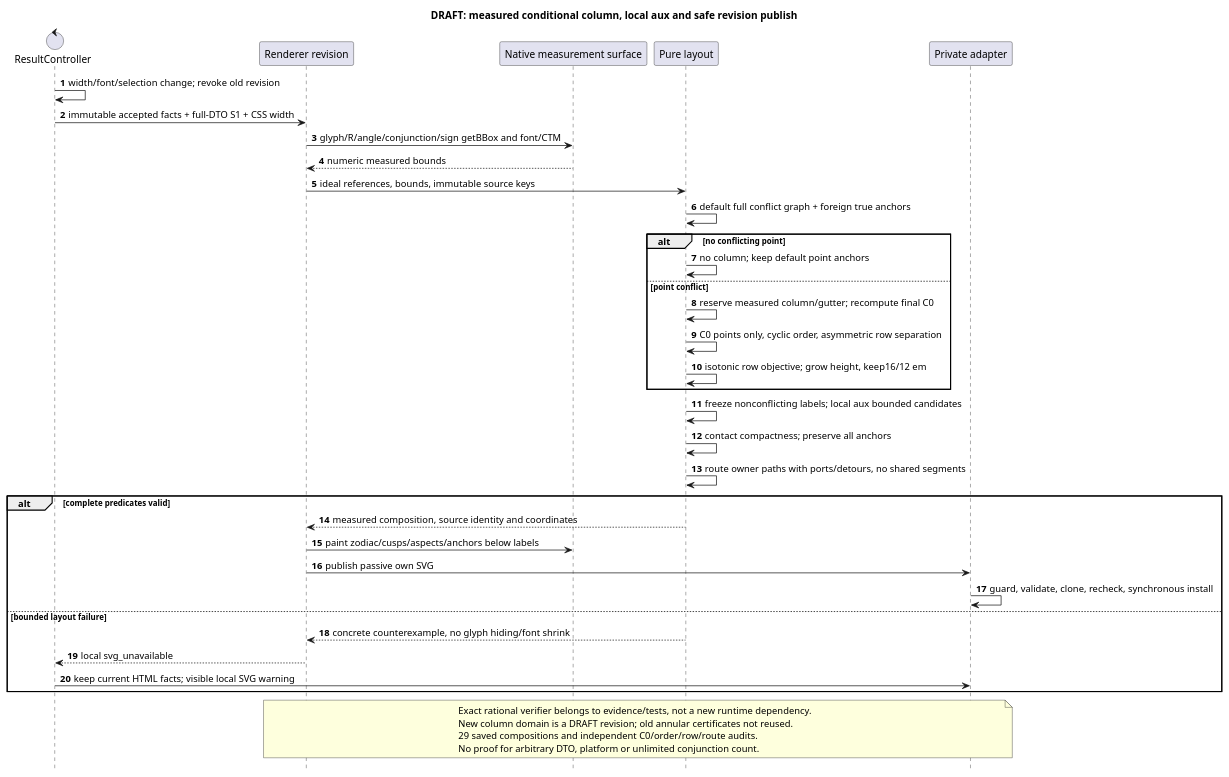
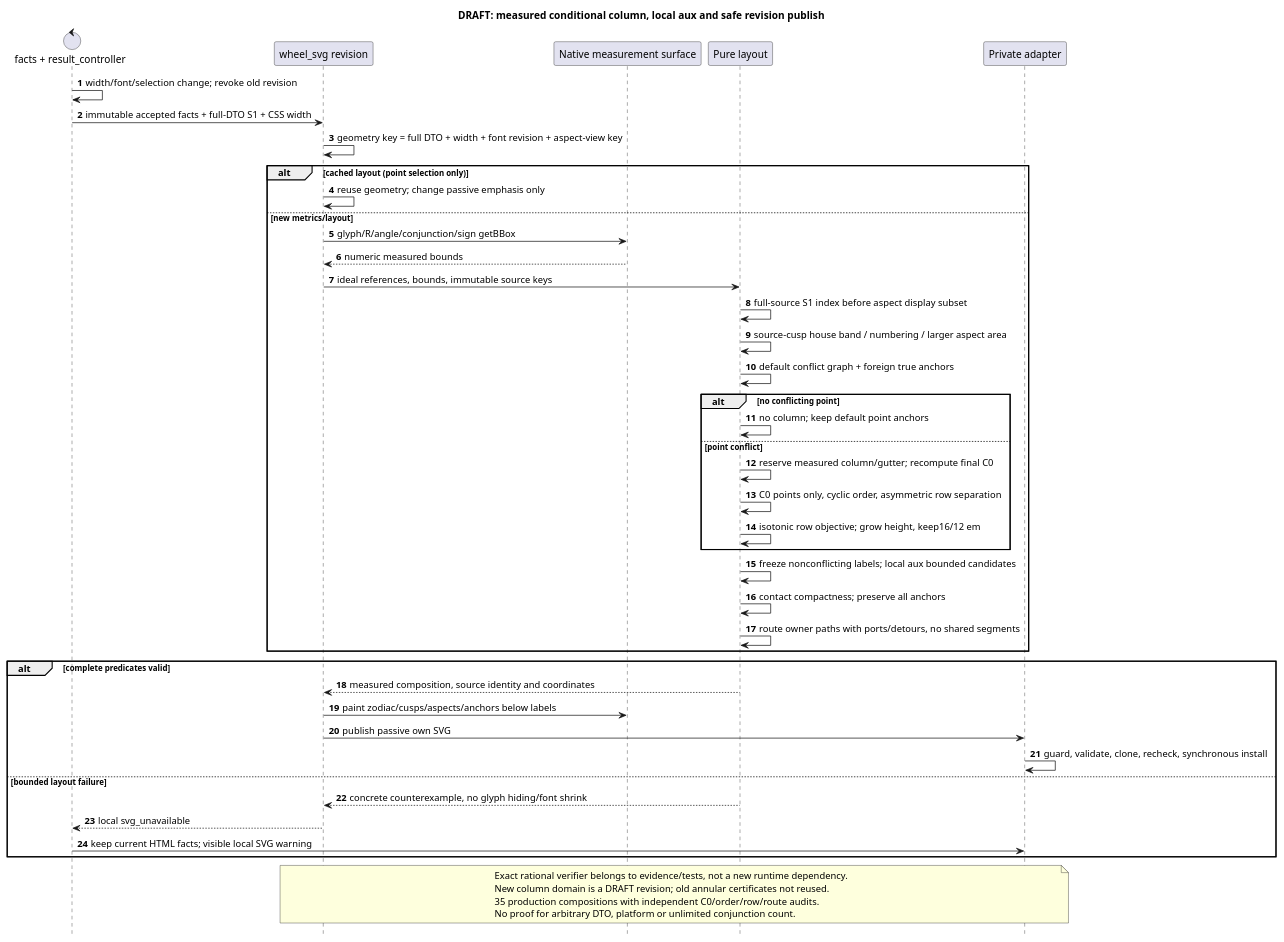
Before and after one commit to ksenia-baranova/exact-orb-demo: the diagram in docs/project_management/change_plans/ui-chart-wheel/developer/sequence_diagrams/ui/004-column-layout-revision.puml, drawn with PlantUML. The commit also changed 1632 other files, not shown here.

First line of the commit message:
feat(ui-chart-wheel): render house rows and deliver Owner UI fixes

```diff
--- a/docs/project_management/change_plans/ui-chart-wheel/developer/sequence_diagrams/ui/004-column-layout-revision.puml
+++ b/docs/project_management/change_plans/ui-chart-wheel/developer/sequence_diagrams/ui/004-column-layout-revision.puml
@@ -1,43 +1,50 @@
 @startuml
-' DRAFT Developer,19.10.2026; no product fact recomputation.
+' DRAFT Developer,20.10.2026; no product fact recomputation.
 title DRAFT: measured conditional column, local aux and safe revision publish
 autonumber
 hide footbox
-control "ResultController" as Result
-participant "Renderer revision" as Wheel
+control "facts + result_controller" as Result
+participant "wheel_svg revision" as Wheel
 participant "Native measurement surface" as Metrics
 participant "Pure layout" as Layout
 participant "Private adapter" as DOM
 Result -> Result : width/font/selection change; revoke old revision
 Result -> Wheel : immutable accepted facts + full-DTO S1 + CSS width
-Wheel -> Metrics : glyph/R/angle/conjunction/sign getBBox and font/CTM
+Wheel -> Wheel : geometry key = full DTO + width + font revision + aspect-view key
+alt cached layout (point selection only)
+  Wheel -> Wheel : reuse geometry; change passive emphasis only
+else new metrics/layout
+Wheel -> Metrics : glyph/R/angle/conjunction/sign getBBox
 Metrics --> Wheel : numeric measured bounds
 Wheel -> Layout : ideal references, bounds, immutable source keys
-Layout -> Layout : default full conflict graph + foreign true anchors
+Layout -> Layout : full-source S1 index before aspect display subset
+Layout -> Layout : source-cusp house band / numbering / larger aspect area
+Layout -> Layout : default conflict graph + foreign true anchors
 alt no conflicting point
   Layout -> Layout : no column; keep default point anchors
 else point conflict
   Layout -> Layout : reserve measured column/gutter; recompute final C0
   Layout -> Layout : C0 points only, cyclic order, asymmetric row separation
   Layout -> Layout : isotonic row objective; grow height, keep16/12 em
 end
 Layout -> Layout : freeze nonconflicting labels; local aux bounded candidates
 Layout -> Layout : contact compactness; preserve all anchors
 Layout -> Layout : route owner paths with ports/detours, no shared segments
+end
 alt complete predicates valid
   Layout --> Wheel : measured composition, source identity and coordinates
   Wheel -> Metrics : paint zodiac/cusps/aspects/anchors below labels
   Wheel -> DOM : publish passive own SVG
   DOM -> DOM : guard, validate, clone, recheck, synchronous install
 else bounded layout failure
   Layout --> Wheel : concrete counterexample, no glyph hiding/font shrink
   Wheel --> Result : local svg_unavailable
   Result -> DOM : keep current HTML facts; visible local SVG warning
 end
 note over Wheel, DOM
 Exact rational verifier belongs to evidence/tests, not a new runtime dependency.
 New column domain is a DRAFT revision; old annular certificates not reused.
-29 saved compositions and independent C0/order/row/route audits.
+35 production compositions with independent C0/order/row/route audits.
 No proof for arbitrary DTO, platform or unlimited conjunction count.
 end note
 @enduml
```
